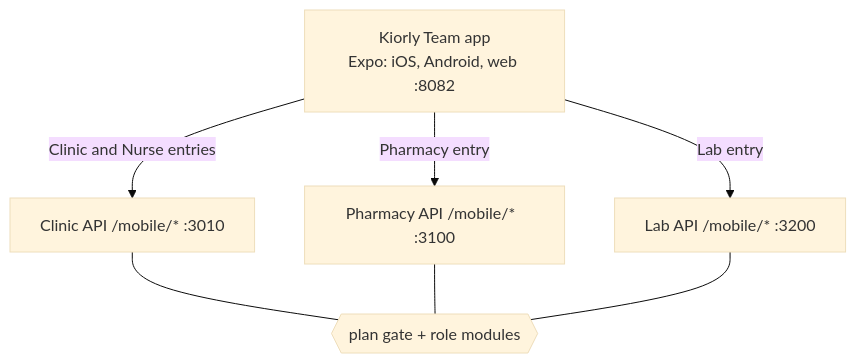
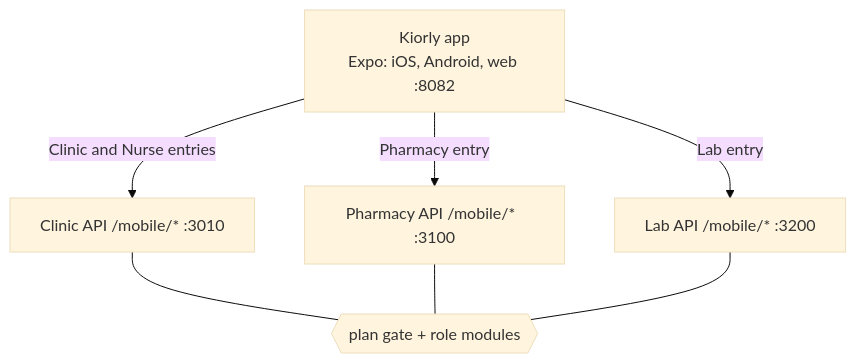
The second of 2 diagrams in _docs/rev23/KX-08_Target_Architecture_and_Repositories.md (mshall/kiorex-workspace), drawn with Mermaid (base theme) before and after one commit. The commit also changed other lines of this file and 33 other files, not shown here.

First line of the commit message:
docs: staff app is finally named Kiorly (ADR-037) and country selectors hidden for the Egypt-only launch

````diff
--- a/_docs/rev23/KX-08_Target_Architecture_and_Repositories.md
+++ b/_docs/rev23/KX-08_Target_Architecture_and_Repositories.md
@@ -332,10 +332,10 @@
 ```mermaid
 flowchart TB
-  APP[Kiorly Team app<br/>Expo: iOS, Android, web :8082]
+  APP[Kiorly app<br/>Expo: iOS, Android, web :8082]
   APP -->|Clinic and Nurse entries| KC[Clinic API /mobile/*  :3010]
   APP -->|Pharmacy entry| KPH[Pharmacy API /mobile/*  :3100]
   APP -->|Lab entry| KLB[Lab API /mobile/*  :3200]
   KC --- G1{{plan gate + role modules}}
   KPH --- G1
   KLB --- G1
 ```
````
